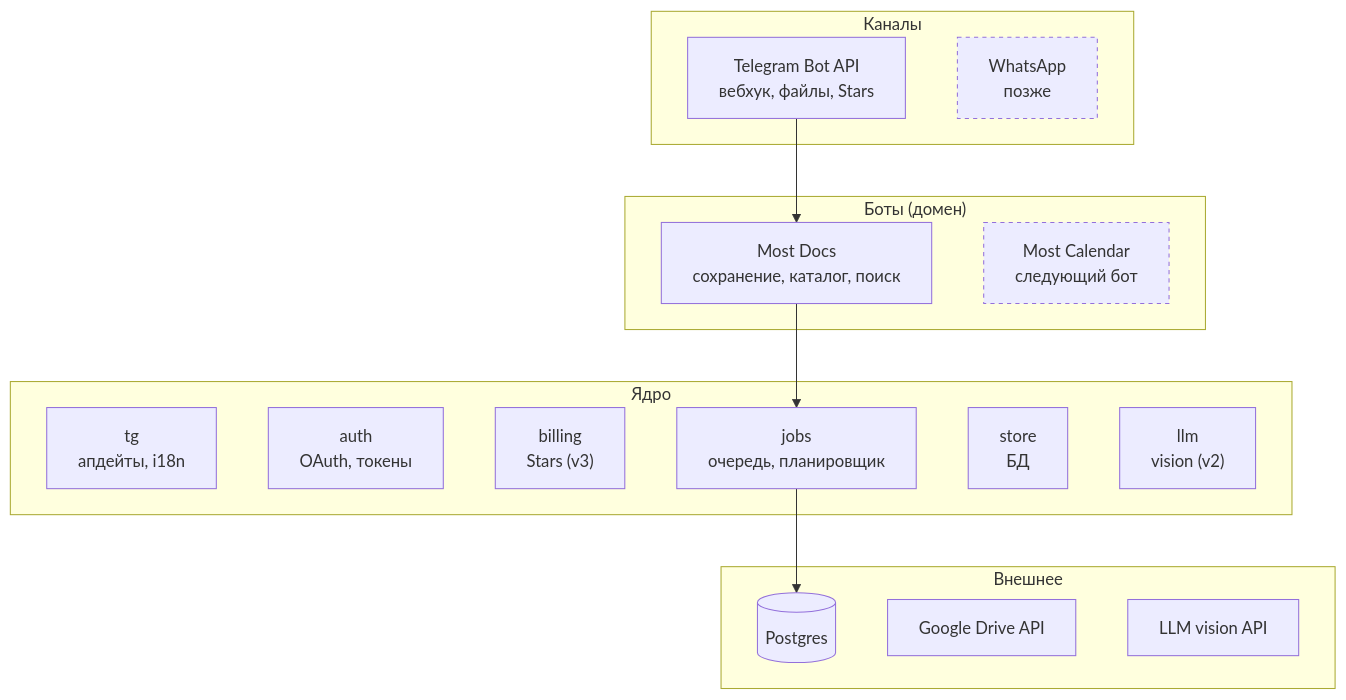
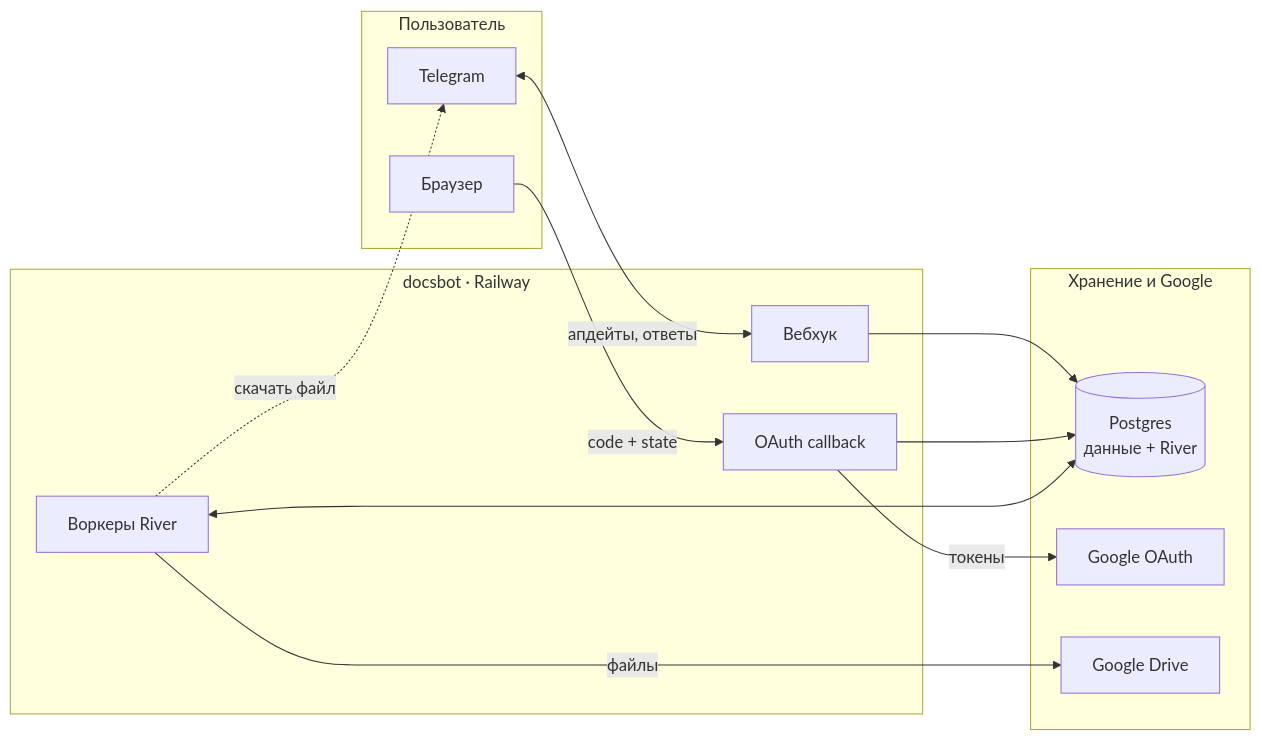
Before and after one commit to alexe0110/most-app: the first of 3 diagrams in docs/architecture.md, drawn with Mermaid. The commit also changed other lines of this file and 1 other file, not shown here.

````diff
--- a/docs/architecture.md
+++ b/docs/architecture.md
@@ -7,29 +11,28 @@
 ```mermaid
-flowchart TB
-    subgraph CH["Каналы"]
-        TG["Telegram Bot API<br/>вебхук, файлы, Stars"]
-        WA["WhatsApp<br/>позже"]
-    end
-    subgraph BOTS["Боты (домен)"]
-        DOCS["Most Docs<br/>сохранение, каталог, поиск"]
-        CAL["Most Calendar<br/>следующий бот"]
-    end
-    subgraph CORE["Ядро"]
-        ctg["tg<br/>апдейты, i18n"]
-        auth["auth<br/>OAuth, токены"]
-        billing["billing<br/>Stars (v3)"]
-        jobs["jobs<br/>очередь, планировщик"]
-        store["store<br/>БД"]
-        llm["llm<br/>vision (v2)"]
-    end
-    subgraph EXT["Внешнее"]
-        PG[("Postgres")]
-        GD["Google Drive API"]
-        LLMAPI["LLM vision API"]
+flowchart LR
+    subgraph CL["Пользователь"]
+        TG["Telegram"]
+        BR["Браузер"]
     end
 
-    TG --> DOCS --> jobs --> PG
+    subgraph SVC["docsbot · Railway"]
+        WH["Вебхук"]
+        CB["OAuth callback"]
+        WK["Воркеры River"]
+    end
 
-    classDef later stroke-dasharray: 4 4
-    class WA,CAL later
+    subgraph EXT["Хранение и Google"]
+        PG[("Postgres<br/>данные + River")]
+        GO["Google OAuth"]
+        GD["Google Drive"]
+    end
+
+    TG <-->|апдейты, ответы| WH
+    BR -->|code + state| CB
+    WH --> PG
+    CB --> PG
+    WK <--> PG
+    CB -->|токены| GO
+    WK -->|файлы| GD
+    WK -.->|скачать файл| TG
 ```
````
